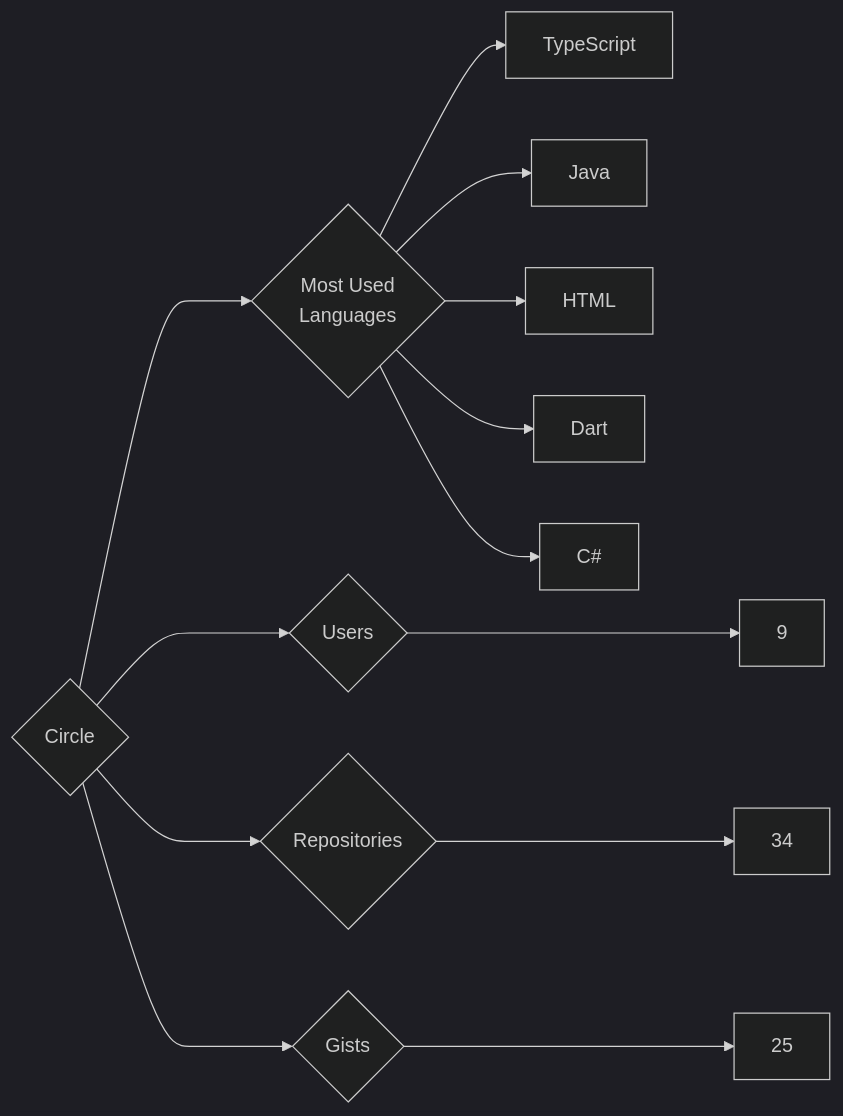
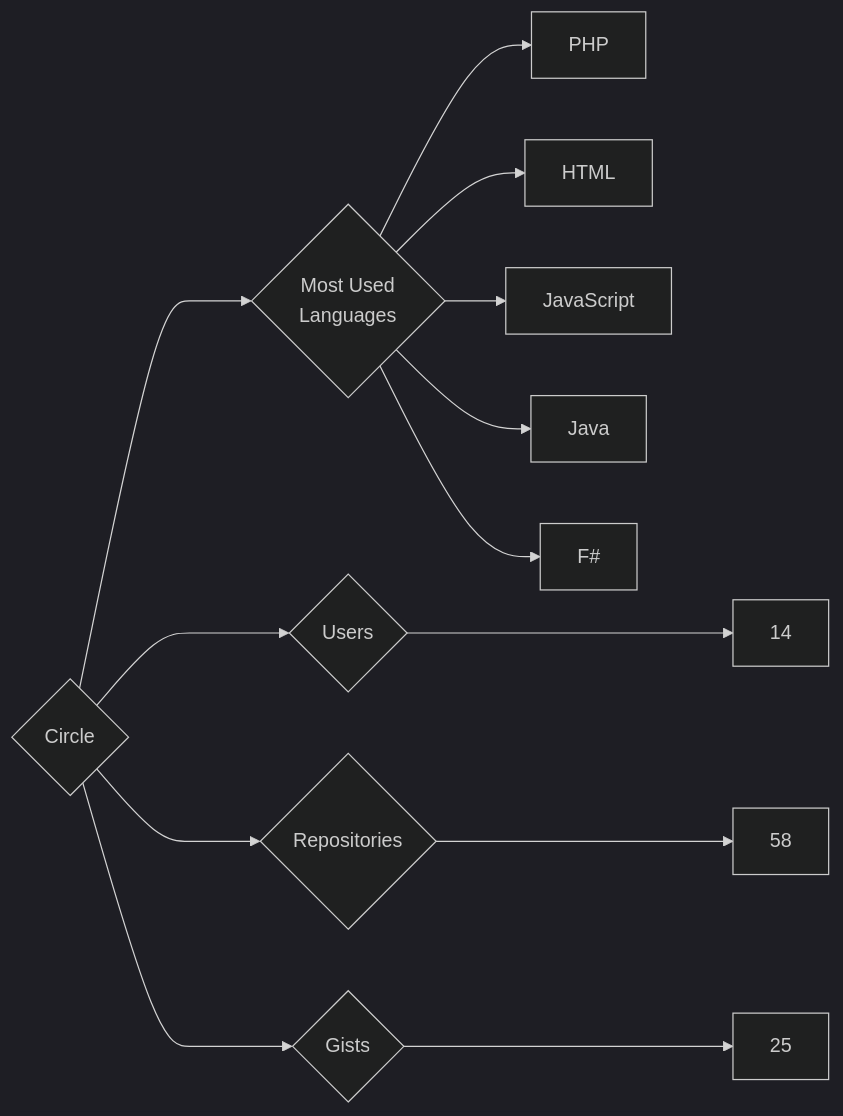
Before and after one commit to trickest/insiders: the diagram in targets/Circle/README.md, drawn with Mermaid (dark theme). The commit also changed 752 other files, not shown here.

````diff
--- a/targets/Circle/README.md
+++ b/targets/Circle/README.md
@@ -3,13 +3,13 @@
 ```mermaid
 graph LR
 COMPANY_NAME{Circle}
-COMPANY_NAME ---> U{Users} ---> UN[9]
-COMPANY_NAME ---> R{Repositories} ---> RN[34]
+COMPANY_NAME ---> U{Users} ---> UN[14]
+COMPANY_NAME ---> R{Repositories} ---> RN[58]
 COMPANY_NAME ---> G{Gists} ---> GN[25]
 COMPANY_NAME ---> ML{Most Used<br>Languages}
-ML --> TypeScript[TypeScript]
+ML --> PHP[PHP]
+ML --> HTML[HTML]
+ML --> JavaScript[JavaScript]
 ML --> Java[Java]
-ML --> HTML[HTML]
-ML --> Dart[Dart]
-ML --> C#[C#]
+ML --> F#[F#]
 ```
````
